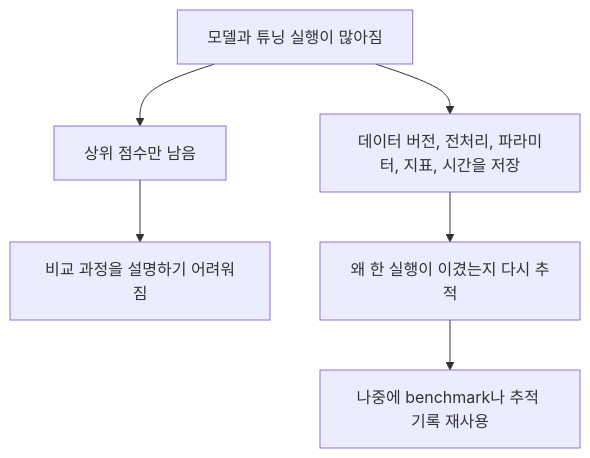
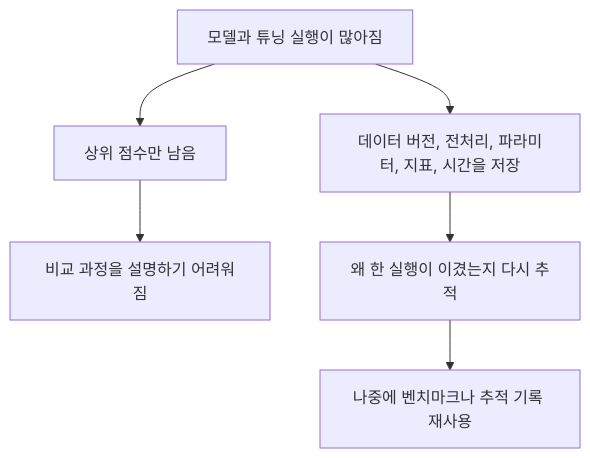
The diagram in docs/assets/part-04/chapter-09/p4-9-3-mermaid-01-ko.mmd (devchan64/AiBook), drawn with Mermaid before and after one commit. The commit also changed 91 other files, not shown here.

Commit message:
Finalize Part 4 Korean and Chinese diagram localization

```diff
--- a/docs/assets/part-04/chapter-09/p4-9-3-mermaid-01-ko.mmd
+++ b/docs/assets/part-04/chapter-09/p4-9-3-mermaid-01-ko.mmd
@@ -1,10 +1,10 @@
 flowchart TD
   A["모델과 튜닝 실행이 많아짐"]
   B["상위 점수만 남음"]
   C["비교 과정을 설명하기 어려워짐"]
   D["데이터 버전, 전처리, 파라미터, 지표, 시간을 저장"]
   E["왜 한 실행이 이겼는지 다시 추적"]
-  F["나중에 benchmark나 추적 기록 재사용"]
+  F["나중에 벤치마크나 추적 기록 재사용"]
 
   A --> B --> C
   A --> D --> E --> F
```
